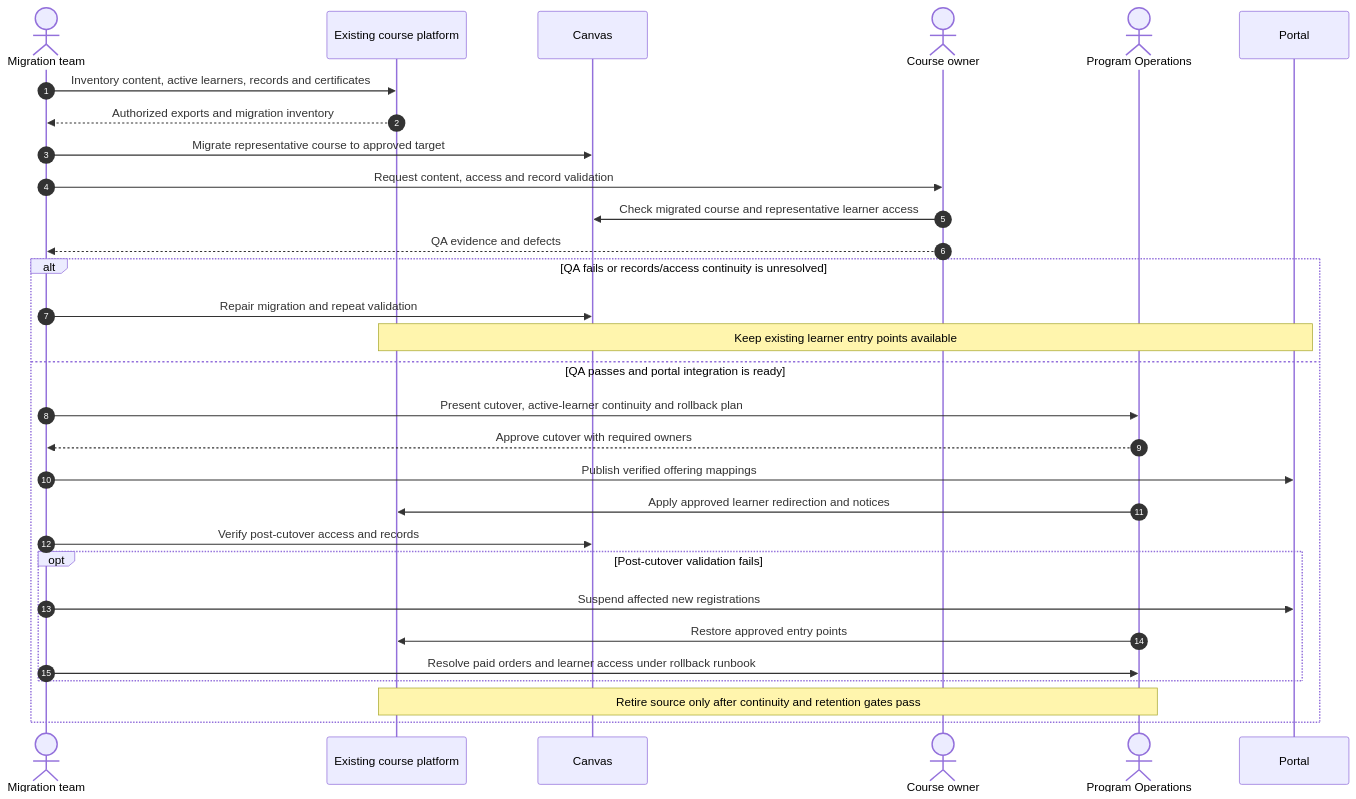
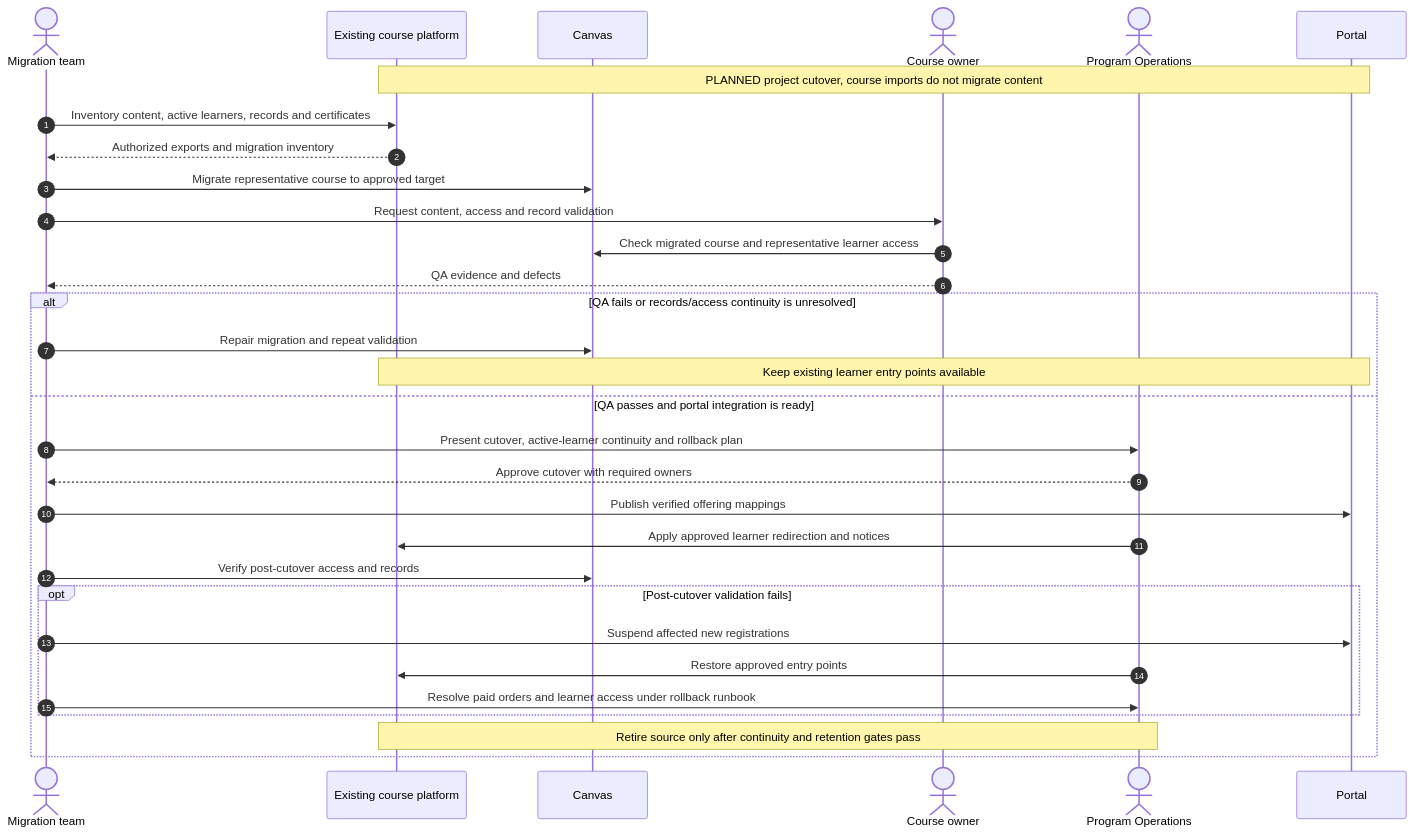
Before and after one commit to dr-grizz/Continuing-Education: diagram 14 of 14 in docs/implementation-plan.md, drawn with Mermaid. The commit also changed other lines of this file and 74 other files, not shown here.

First line of the commit message:
Implement Canvas OAuth course imports and offering controls

````diff
--- a/docs/implementation-plan.md
+++ b/docs/implementation-plan.md
@@ -804,32 +918,33 @@
 ```mermaid
 sequenceDiagram
     autonumber
     actor Team as Migration team
     participant Source as Existing course platform
     participant Canvas
     actor Owner as Course owner
     actor Operations as Program Operations
     participant Portal
+    Note over Source,Portal: PLANNED project cutover, course imports do not migrate content
     Team->>Source: Inventory content, active learners, records and certificates
     Source-->>Team: Authorized exports and migration inventory
     Team->>Canvas: Migrate representative course to approved target
     Team->>Owner: Request content, access and record validation
     Owner->>Canvas: Check migrated course and representative learner access
     Owner-->>Team: QA evidence and defects
     alt QA fails or records/access continuity is unresolved
         Team->>Canvas: Repair migration and repeat validation
         Note over Source,Portal: Keep existing learner entry points available
     else QA passes and portal integration is ready
         Team->>Operations: Present cutover, active-learner continuity and rollback plan
         Operations-->>Team: Approve cutover with required owners
         Team->>Portal: Publish verified offering mappings
         Operations->>Source: Apply approved learner redirection and notices
         Team->>Canvas: Verify post-cutover access and records
         opt Post-cutover validation fails
             Team->>Portal: Suspend affected new registrations
             Operations->>Source: Restore approved entry points
             Team->>Operations: Resolve paid orders and learner access under rollback runbook
         end
         Note over Source,Operations: Retire source only after continuity and retention gates pass
     end
 ```
````
